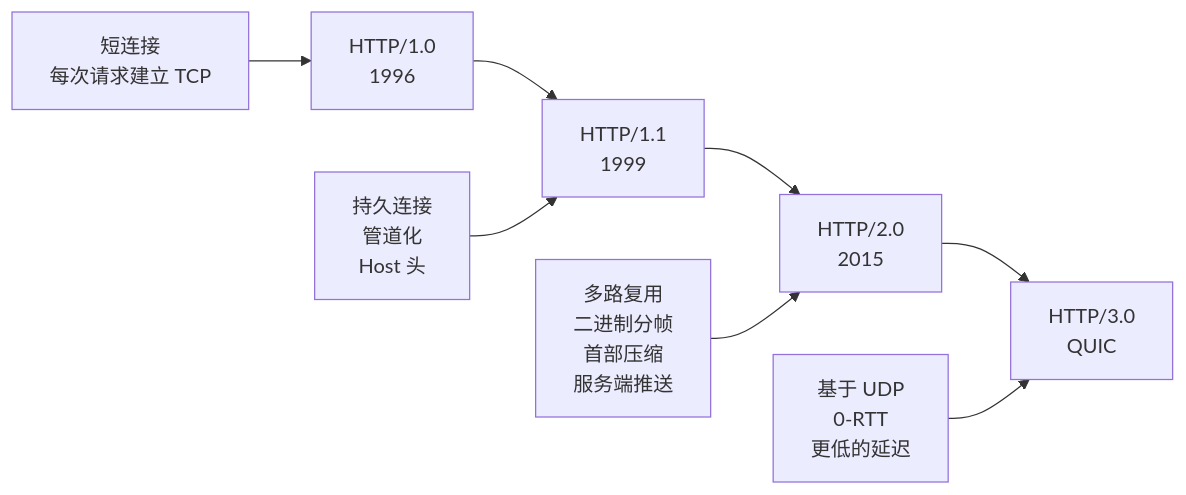
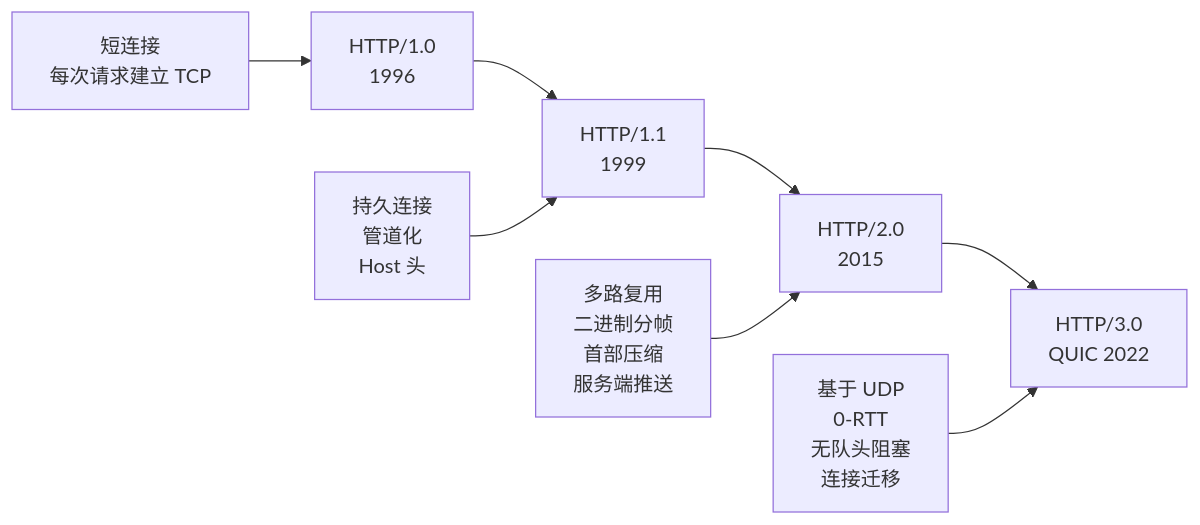
One commit to KMaybe01/common changed the tenth of 15 diagrams in S4-面试冲刺/12-前端面试题库.md. Above: the diagram before and after it, drawn with Mermaid. The commit also changed other lines of this file and 6 other files, not shown here.

````diff
--- a/S4-面试冲刺/12-前端面试题库.md
+++ b/S4-面试冲刺/12-前端面试题库.md
@@ -2036,11 +2199,11 @@
 ```mermaid
 graph LR
     A["HTTP/1.0<br/>1996"] --> B["HTTP/1.1<br/>1999"]
     B --> C["HTTP/2.0<br/>2015"]
-    C --> D["HTTP/3.0<br/>QUIC"]
+    C --> D["HTTP/3.0<br/>QUIC 2022"]
 
     A1["短连接<br/>每次请求建立 TCP"] --> A
     B1["持久连接<br/>管道化<br/>Host 头"] --> B
     C1["多路复用<br/>二进制分帧<br/>首部压缩<br/>服务端推送"] --> C
-    D1["基于 UDP<br/>0-RTT<br/>更低的延迟"] --> D
+    D1["基于 UDP<br/>0-RTT<br/>无队头阻塞<br/>连接迁移"] --> D
 ```
````
